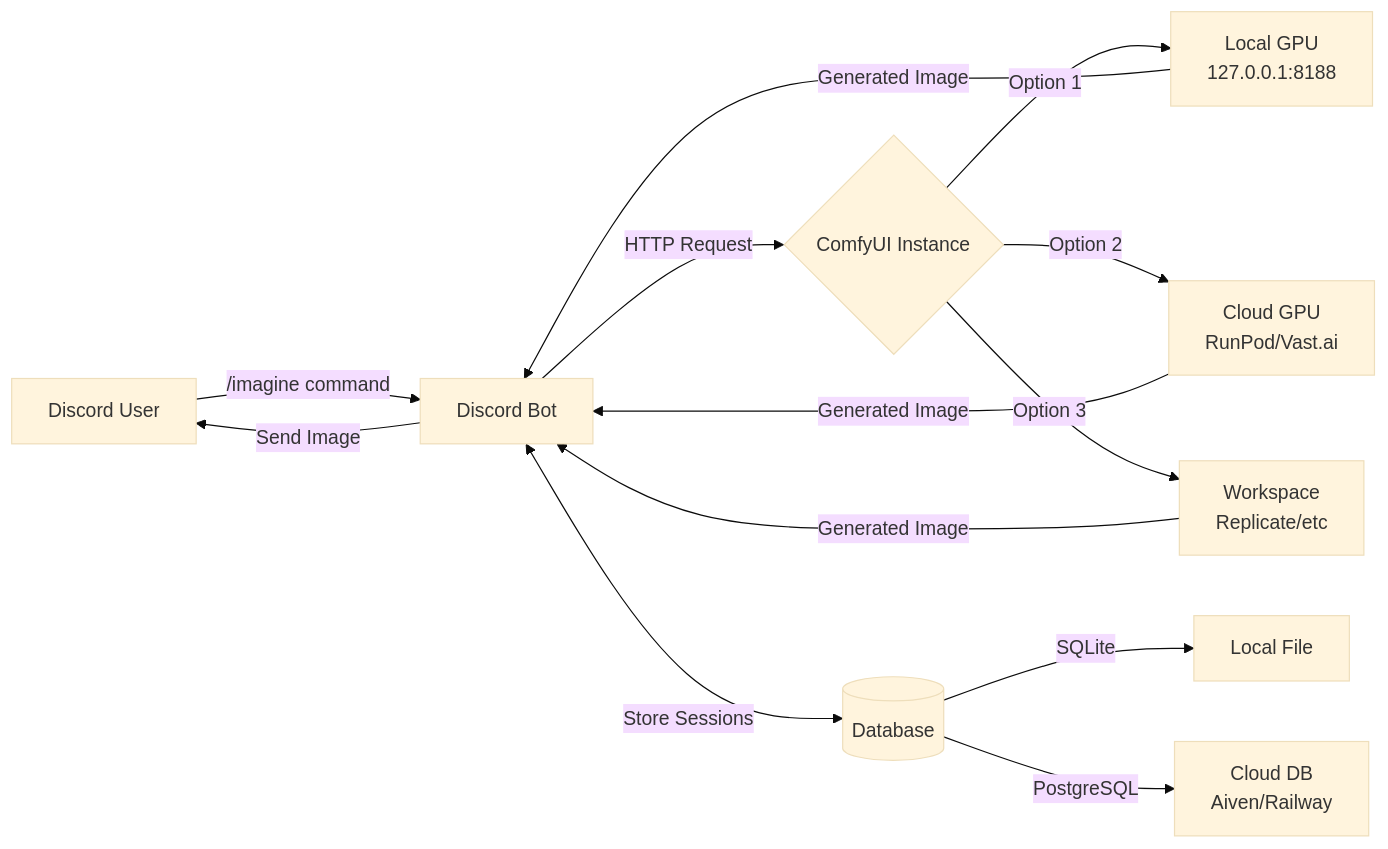
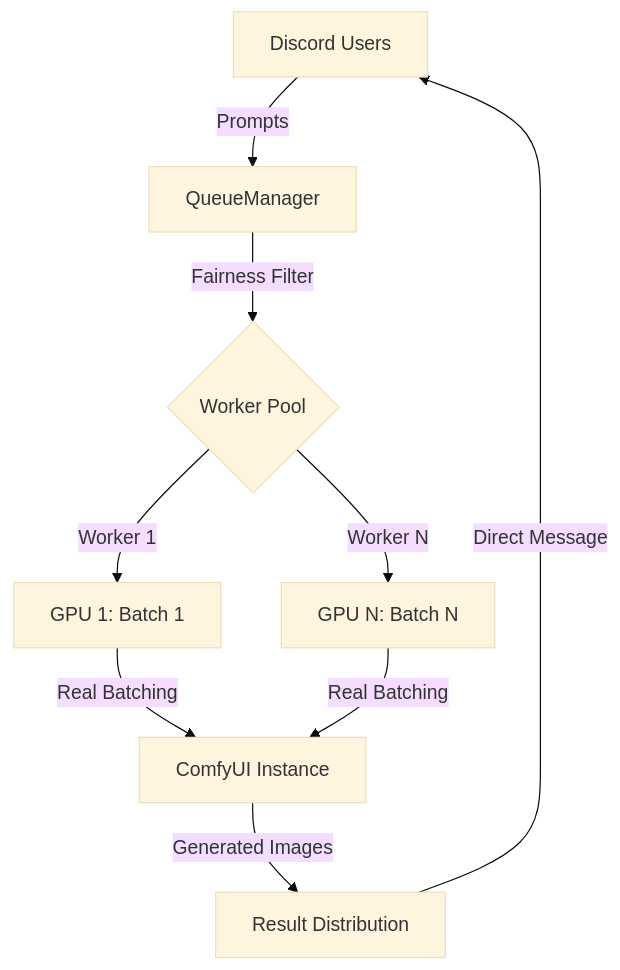
The diagram in README.md (fulletLab/FuLLet-AI-Bot), drawn with Mermaid (base theme) before and after one commit. The commit also changed other lines of this file and 3 other files, not shown here.

````diff
--- a/README.md
+++ b/README.md
@@ -20,15 +24,11 @@
 ```mermaid
-graph LR
-    A[Discord User] -->|/imagine command| B[Discord Bot]
-    B -->|HTTP Request| C{ComfyUI Instance}
-    C -->|Option 1| D[Local GPU<br/>127.0.0.1:8188]
-    C -->|Option 2| E[Cloud GPU<br/>RunPod/Vast.ai]
-    C -->|Option 3| F[Workspace<br/>Replicate/etc]
-    D -->|Generated Image| B
-    E -->|Generated Image| B
-    F -->|Generated Image| B
-    B -->|Send Image| A
-    B <-->|Store Sessions| G[(Database)]
-    G -->|SQLite| H[Local File]
-    G -->|PostgreSQL| I[Cloud DB<br/>Aiven/Railway]
+graph TD
+    A[Discord Users] -->|Prompts| B[QueueManager]
+    B -->|Fairness Filter| C{Worker Pool}
+    C -->|Worker 1| D[GPU 1: Batch 1]
+    C -->|Worker N| E[GPU N: Batch N]
+    D -->|Real Batching| F[ComfyUI Instance]
+    E -->|Real Batching| F
+    F -->|Generated Images| G[Result Distribution]
+    G -->|Direct Message| A
 ```
````
